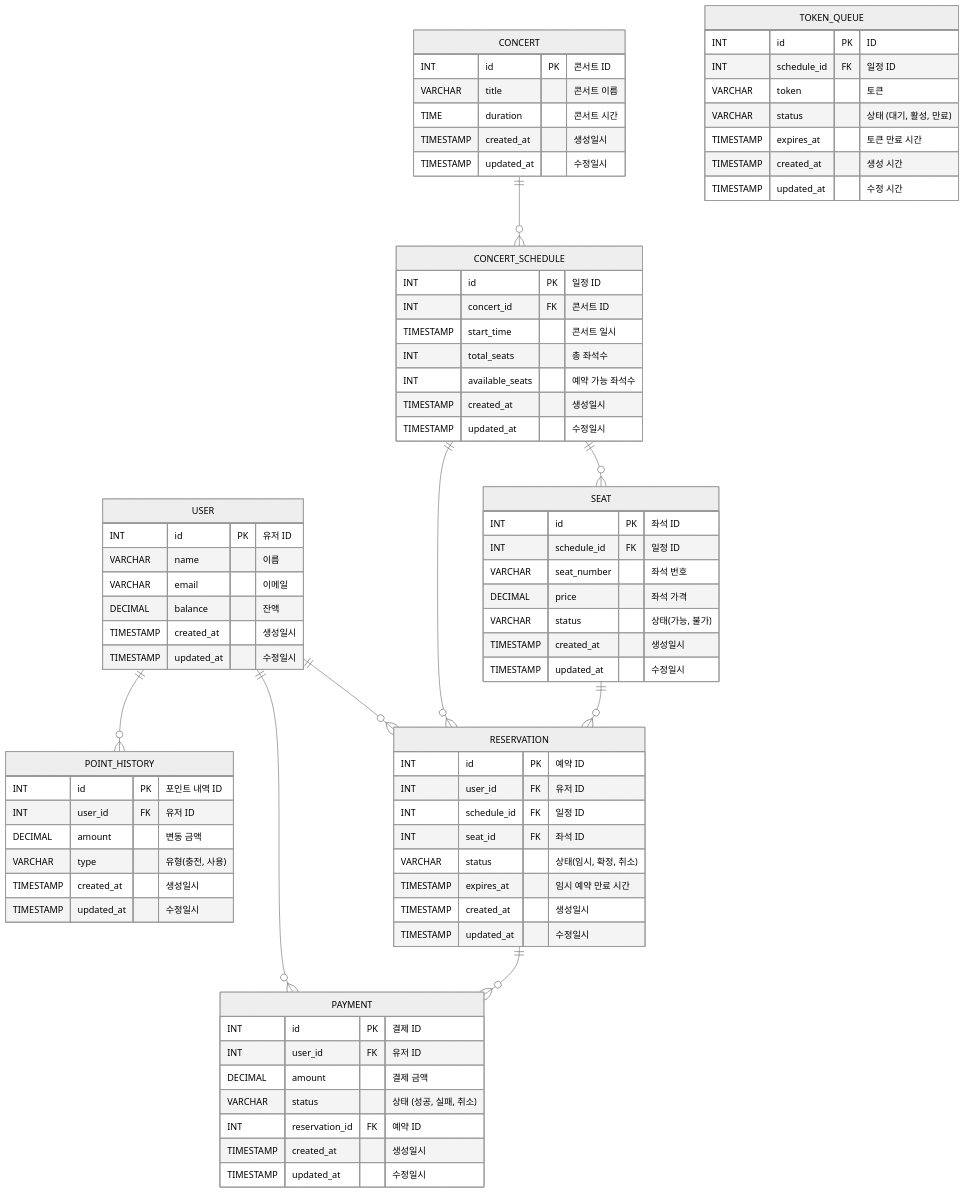
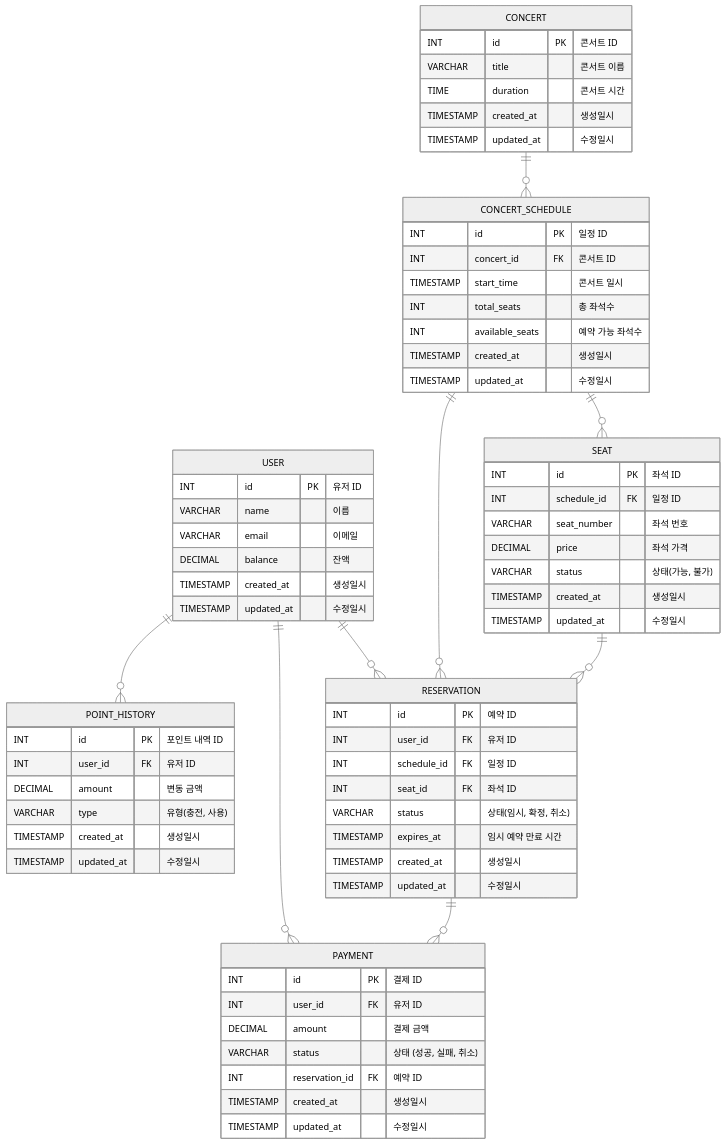
Before and after one commit to eastshine12/concert-reservation: the diagram in docs/erd.md, drawn with Mermaid (neutral theme). The commit also changed other lines of this file and 1 other file, not shown here.

Commit message:
Docs: README.md, erd.md 수정

````diff
--- a/docs/erd.md
+++ b/docs/erd.md
@@ -5,12 +5,12 @@
 ```mermaid
 erDiagram
     USER {
-    INT id PK "유저 ID"
-    VARCHAR name "이름"
-    VARCHAR email "이메일"
-    DECIMAL balance "잔액"
-    TIMESTAMP created_at "생성일시"
-    TIMESTAMP updated_at "수정일시"
+        INT id PK "유저 ID"
+        VARCHAR name "이름"
+        VARCHAR email "이메일"
+        DECIMAL balance "잔액"
+        TIMESTAMP created_at "생성일시"
+        TIMESTAMP updated_at "수정일시"
     }
 
     POINT_HISTORY {
@@ -55,8 +55,8 @@
         INT user_id FK "유저 ID"
         INT schedule_id FK "일정 ID"
         INT seat_id FK "좌석 ID"
-        VARCHAR status "상태(임시, 확정, 취소)" 
-		TIMESTAMP expires_at "임시 예약 만료 시간"
+        VARCHAR status "상태(임시, 확정, 취소)"
+        TIMESTAMP expires_at "임시 예약 만료 시간"
         TIMESTAMP created_at "생성일시"
         TIMESTAMP updated_at "수정일시"
     }
@@ -65,20 +65,10 @@
         INT id PK "결제 ID"
         INT user_id FK "유저 ID"
         DECIMAL amount "결제 금액"
-        VARCHAR status "상태 (성공, 실패, 취소)" 
+        VARCHAR status "상태 (성공, 실패, 취소)"
         INT reservation_id FK "예약 ID"
         TIMESTAMP created_at "생성일시"
         TIMESTAMP updated_at "수정일시"
-    }
-
-    TOKEN_QUEUE {
-        INT id PK "ID"
-        INT schedule_id FK "일정 ID"
-        VARCHAR token "토큰"
-        VARCHAR status "상태 (대기, 활성, 만료)"
-        TIMESTAMP expires_at "토큰 만료 시간"
-        TIMESTAMP created_at "생성 시간"
-        TIMESTAMP updated_at "수정 시간"
     }
 
     USER ||--o{ POINT_HISTORY : ""
````
